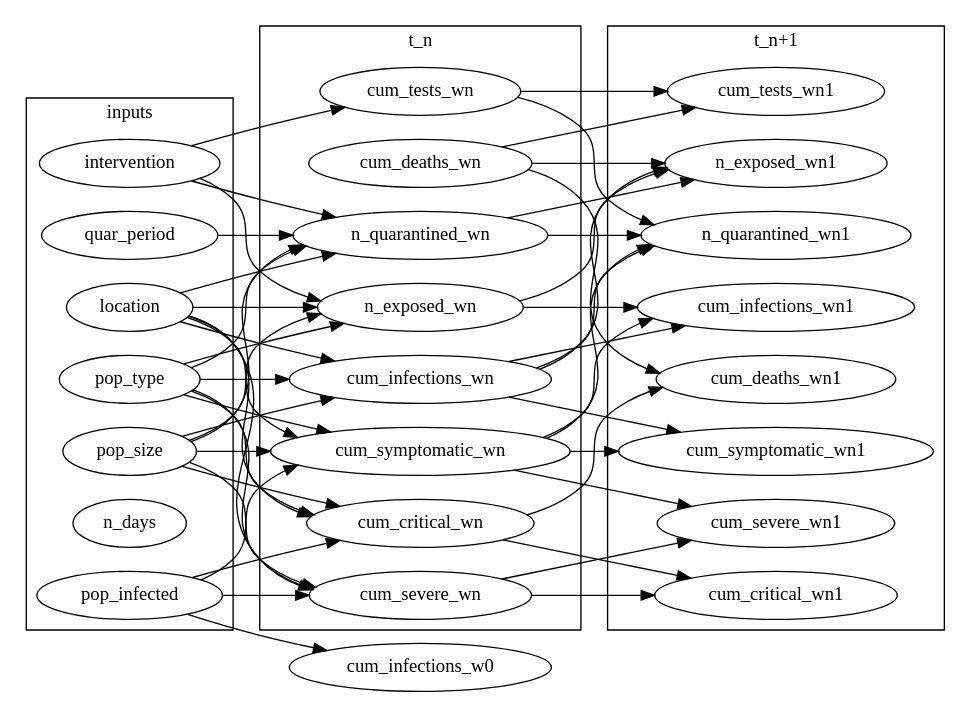
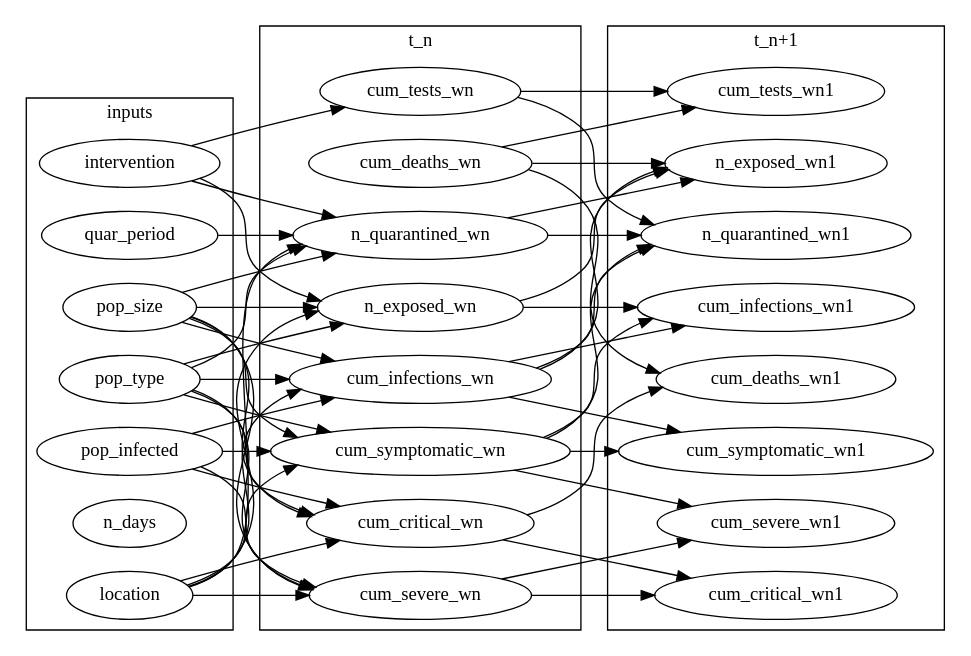
The diagram in scenarios/compare-interventions/repeating_unit.dot (CITCOM-project/causcumber), drawn with Graphviz before and after one commit. The commit also changed 5 other files, not shown here.

```diff
--- a/scenarios/compare-interventions/repeating_unit.dot
+++ b/scenarios/compare-interventions/repeating_unit.dot
@@ -1,181 +1,181 @@
 digraph "" {
 	graph [newrank=True,
 		rankdir=LR
 	];
 	subgraph cluster_inputs {
 		graph [label=inputs];
 		quar_period;
 		intervention;
 		pop_type;
 		pop_size;
 		pop_infected;
 		n_days;
 		location;
 	}
 	subgraph cluster_tn {
 		graph [label=t_n];
 		cum_infections_wn;
 		cum_symptomatic_wn;
 		cum_severe_wn;
 		cum_critical_wn;
 		cum_tests_wn;
 		cum_deaths_wn;
 		n_exposed_wn;
 		n_quarantined_wn;
 	}
 	subgraph cluster_tn1 {
 		graph [label="t_n+1"];
 		cum_infections_wn1;
 		cum_symptomatic_wn1;
 		cum_severe_wn1;
 		cum_critical_wn1;
 		cum_tests_wn1;
 		cum_deaths_wn1;
 		n_exposed_wn1;
 		n_quarantined_wn1;
 	}
 
   /**** Inputs -> time step variables ****/
 
   quar_period -> n_quarantined_wn;
   /* quar_period -> n_exposed_wn; */
   /* quar_period -> cum_infections_wn; */
 	/* quar_period -> cum_symptomatic_wn; */
 	/* quar_period -> cum_severe_wn; */
 	/* quar_period -> cum_critical_wn; */
   /* quar_period -> cum_deaths_wn; */
 	/* quar_period -> cum_tests_wn; */
 
   intervention -> n_exposed_wn; // I'm not sure about this one, we'll need to check the code
   intervention -> n_quarantined_wn;
   /* intervention -> cum_infections_wn; */
 	/* intervention -> cum_symptomatic_wn; */
 	/* intervention -> cum_severe_wn; */
 	/* intervention -> cum_critical_wn; */
   /* intervention -> cum_deaths_wn; */
 	intervention -> cum_tests_wn;
 
   // Pretty much everything is affected by pop_type
   pop_type -> n_quarantined_wn;
   pop_type -> n_exposed_wn;
   pop_type -> cum_infections_wn; // this won't be affected by pop_type at w0 because we specify that with pop_infected
 	pop_type -> cum_symptomatic_wn;
 	pop_type -> cum_severe_wn;
 	pop_type -> cum_critical_wn;
   /* pop_type -> cum_deaths_wn; */ // Always starts at 0
 	/* pop_type -> cum_tests_wn; */ // Always starts at 0
 
 	// pop_size is another population factor like pop_type, so the two will affect the same things
 	pop_size -> n_quarantined_wn;
 	pop_size -> n_exposed_wn;
 	pop_size -> cum_infections_wn;
 	pop_size -> cum_symptomatic_wn;
 	pop_size -> cum_severe_wn;
 	pop_size -> cum_critical_wn;
 	/* pop_size -> cum_deaths_wn; */
 	/* pop_size -> cum_tests_wn; */
 
   // location is another population factor like pop_type, so the two will affect the same things
   location -> n_quarantined_wn;
   location -> n_exposed_wn;
   location -> cum_infections_wn;
   location -> cum_symptomatic_wn;
   location -> cum_severe_wn;
   location -> cum_critical_wn;
   /* location -> cum_deaths_wn; */
   /* location -> cum_tests_wn; */
 
   // initial only - pop_infected is cum_infections_t0 anyway...
   /* pop_infected -> n_quarantined_wn; */
   /* pop_infected -> n_exposed_wn; */
-  pop_infected -> cum_infections_w0;
+  pop_infected -> cum_infections_wn; // Only really effected at w0, but OK as is
 	pop_infected -> cum_symptomatic_wn;
 	pop_infected -> cum_severe_wn;
 	pop_infected -> cum_critical_wn;
   /* pop_infected -> cum_deaths_wn; */
 	/* pop_infected -> cum_tests_wn; */
 
   // n_days doesn't really affect anything in the sim when we explicitly consider time
   /* n_days -> n_quarantined_wn; */
   /* n_days -> n_exposed_wn; */
   /* n_days -> cum_infections_wn; */
 	/* n_days -> cum_symptomatic_wn; */
 	/* n_days -> cum_severe_wn; */
 	/* n_days -> cum_critical_wn; */
   /* n_days -> cum_deaths_wn; */
 	/* n_days -> cum_tests_wn; */
 
 
   /**** Time steps ****/
   n_quarantined_wn -> n_quarantined_wn1;
   n_quarantined_wn -> n_exposed_wn1;
   /* n_quarantined_wn -> cum_infections_wn1; */
   /* n_quarantined_wn -> cum_symptomatic_wn1; */
   /* n_quarantined_wn -> cum_severe_wn1; */
   /* n_quarantined_wn -> cum_critical_wn1; */
   /* n_quarantined_wn -> cum_tests_wn1; */
   /* n_quarantined_wn -> cum_deaths_wn1; */
 
   /* n_exposed_wn -> n_quarantined_wn1; */
   n_exposed_wn -> n_exposed_wn1;
   n_exposed_wn -> cum_infections_wn1;
   /* n_exposed_wn -> cum_symptomatic_wn1; */
   /* n_exposed_wn -> cum_severe_wn1; */
   /* n_exposed_wn -> cum_critical_wn1; */
   /* n_exposed_wn -> cum_deaths_wn1; */
   /* n_exposed_wn -> cum_tests_wn1; */
 
   cum_infections_wn -> n_quarantined_wn1; // More infections => more people who test positive
   cum_infections_wn -> n_exposed_wn1; // More infections => more people exposed
 	cum_infections_wn -> cum_infections_wn1;
 	cum_infections_wn -> cum_symptomatic_wn1;
 	/* cum_infections_wn -> cum_severe_wn1; */
 	/* cum_infections_wn -> cum_critical_wn1; */
   /* cum_infections_wn -> cum_deaths_wn1; */
 	/* cum_infections_wn -> cum_tests_wn1; */
 
   cum_symptomatic_wn -> n_quarantined_wn1; // Symptomatic affects testing probability
   /* cum_symptomatic_wn -> n_exposed_wn1; */
   cum_symptomatic_wn -> cum_infections_wn1; // Symptomatic people are more likely to pass the infection on? (i.e. convert an exposure to an active infection)
 	cum_symptomatic_wn -> cum_symptomatic_wn1;
 	cum_symptomatic_wn -> cum_severe_wn1;
 	/* cum_symptomatic_wn -> cum_critical_wn1; */
   /* cum_symptomatic_wn -> cum_deaths_wn1; */
 	/* cum_symptomatic_wn -> cum_tests_wn1; */
 
   /* cum_severe_wn -> n_quarantined_wn1; */
   /* cum_severe_wn -> n_exposed_wn1; */
   /* cum_severe_wn -> cum_infections_wn1; */
 	/* cum_severe_wn -> cum_symptomatic_wn1; */
 	cum_severe_wn -> cum_severe_wn1;
 	cum_severe_wn -> cum_critical_wn1;
   /* cum_severe_wn -> cum_tests_wn1; */
   /* cum_severe_wn -> cum_deaths_wn1; */
 
   /* cum_critical_wn -> n_quarantined_wn1; */
   /* cum_critical_wn -> n_exposed_wn1; */
   /* cum_critical_wn -> cum_infections_wn1; */
 	/* cum_critical_wn -> cum_symptomatic_wn1; */
 	/* cum_critical_wn -> cum_severe_wn1; */
 	cum_critical_wn -> cum_critical_wn1;
   /* cum_critical_wn -> cum_tests_wn1; */
   cum_critical_wn -> cum_deaths_wn1;
 
   cum_tests_wn -> n_quarantined_wn1;
   /* cum_tests_wn -> n_exposed_wn1; */
   /* cum_tests_wn -> cum_infections_wn1; */
 	/* cum_tests_wn -> cum_symptomatic_wn1; */
 	/* cum_tests_wn -> cum_severe_wn1; */
 	/* cum_tests_wn -> cum_critical_wn1; */
   /* cum_tests_wn -> cum_deaths_wn1; */
 	cum_tests_wn -> cum_tests_wn1;
 
   /* cum_deaths_wn -> n_quarantined_wn1; */
   cum_deaths_wn -> n_exposed_wn1; // If you're dead, you can't be exposed...
   /* cum_deaths_wn -> cum_infections_wn1; */
 	/* cum_deaths_wn -> cum_symptomatic_wn1; */
 	/* cum_deaths_wn -> cum_severe_wn1; */
 	/* cum_deaths_wn -> cum_critical_wn1; */
   cum_deaths_wn -> cum_deaths_wn1;
 	cum_deaths_wn -> cum_tests_wn1; // If you're dead, you can't be tested
 }
```
